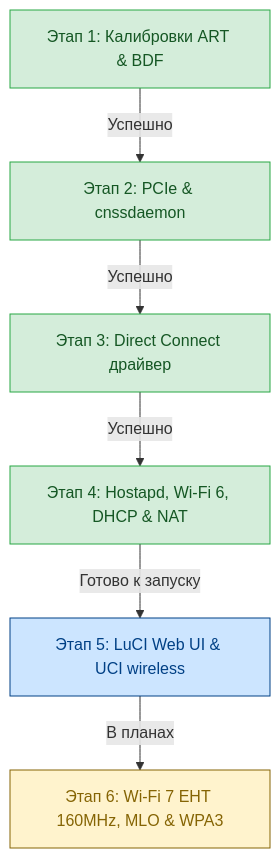
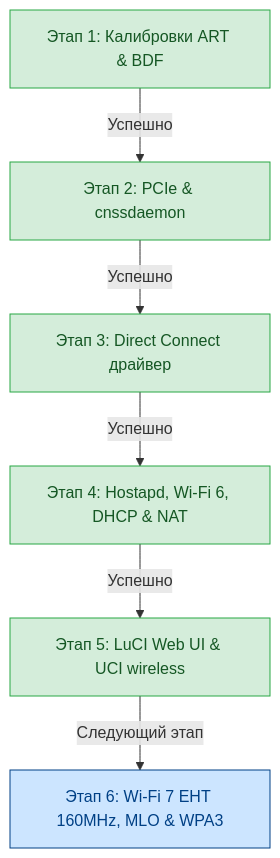
One commit to RomikB/openwrt changed the diagram in WIFI_ROADMAP.md. Above: the diagram before and after it, drawn with Mermaid. The commit also changed other lines of this file and 9 other files, not shown here.

````diff
--- a/WIFI_ROADMAP.md
+++ b/WIFI_ROADMAP.md
@@ -20,15 +20,15 @@
 ```mermaid
 graph TD
     S1["Этап 1: Калибровки ART & BDF"] -->|Успешно| S2["Этап 2: PCIe & cnssdaemon"]
     S2 -->|Успешно| S3["Этап 3: Direct Connect драйвер"]
     S3 -->|Успешно| S4["Этап 4: Hostapd, Wi-Fi 6, DHCP & NAT"]
-    S4 -->|Готово к запуску| S5["Этап 5: LuCI Web UI & UCI wireless"]
-    S5 -->|В планах| S6["Этап 6: Wi-Fi 7 EHT 160MHz, MLO & WPA3"]
+    S4 -->|Успешно| S5["Этап 5: LuCI Web UI & UCI wireless"]
+    S5 -->|Следующий этап| S6["Этап 6: Wi-Fi 7 EHT 160MHz, MLO & WPA3"]
     
     style S1 fill:#d4edda,stroke:#28a745,color:#155724
     style S2 fill:#d4edda,stroke:#28a745,color:#155724
     style S3 fill:#d4edda,stroke:#28a745,color:#155724
     style S4 fill:#d4edda,stroke:#28a745,color:#155724
-    style S5 fill:#cce5ff,stroke:#004085,color:#004085
-    style S6 fill:#fff3cd,stroke:#856404,color:#856404
+    style S5 fill:#d4edda,stroke:#28a745,color:#155724
+    style S6 fill:#cce5ff,stroke:#004085,color:#004085
 ```
````
